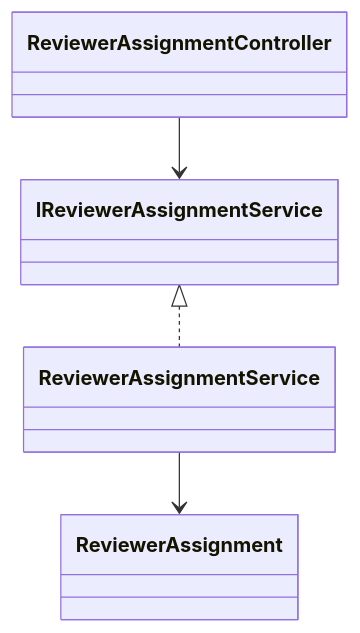
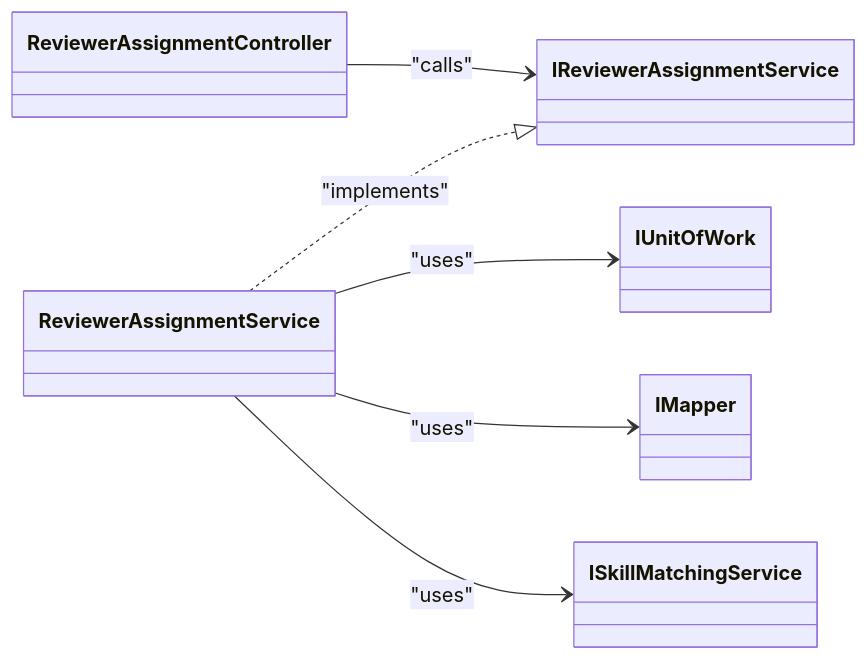
Before and after one commit to CapBotAI/CBAI_API: the diagram in Diagram/08_ReviewerAssignment/class.mermaid, drawn with Mermaid. The commit also changed other lines of this file and 10 other files, not shown here.

Commit message:
Refactor diagrams for TopicVersion, Submission, ReviewerSuggestion, ReviewerAssignment, and Review modules

```diff
--- a/Diagram/08_ReviewerAssignment/class.mermaid
+++ b/Diagram/08_ReviewerAssignment/class.mermaid
@@ -1,9 +1,19 @@
 classDiagram
+    direction LR
+
+    %% Controller layer
     class ReviewerAssignmentController
+
+    %% Service interface and implementation
     class IReviewerAssignmentService
     class ReviewerAssignmentService
-    class ReviewerAssignment
+    ReviewerAssignmentController --> IReviewerAssignmentService : "calls"
+    ReviewerAssignmentService ..|> IReviewerAssignmentService : "implements"
 
-    ReviewerAssignmentController --> IReviewerAssignmentService
-    IReviewerAssignmentService <|.. ReviewerAssignmentService
-    ReviewerAssignmentService --> ReviewerAssignment
+    %% Dependencies
+    class IUnitOfWork
+    class IMapper
+    class ISkillMatchingService
+    ReviewerAssignmentService --> IUnitOfWork : "uses"
+    ReviewerAssignmentService --> IMapper : "uses"
+    ReviewerAssignmentService --> ISkillMatchingService : "uses"
```
